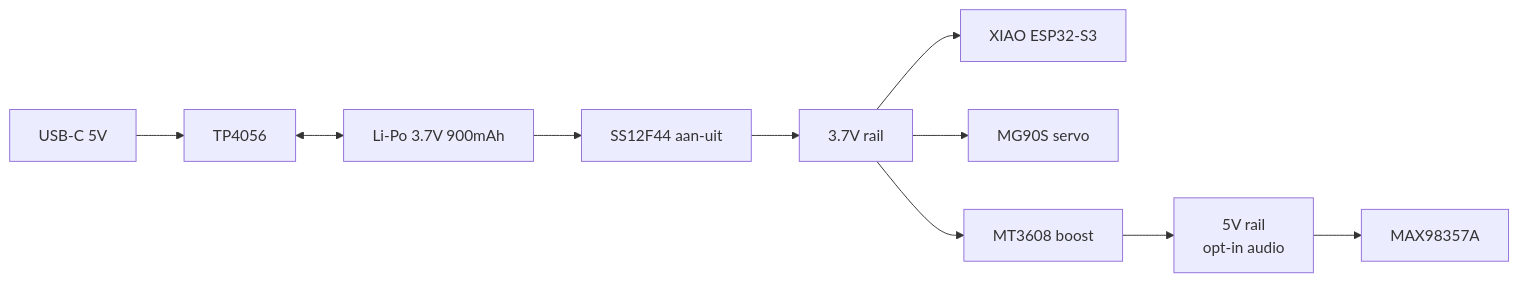
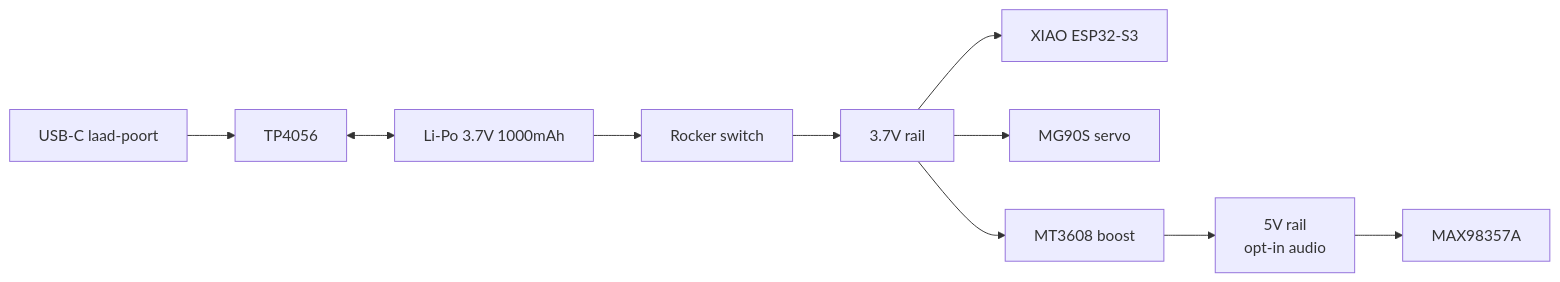
The second of 3 diagrams in docs/wiring.md (spiryns/UCD), drawn with Mermaid before and after one commit. The commit also changed other lines of this file and 5 other files, not shown here.

Commit message:
docs: corrigeer architectuur naar drie fysieke modules (handvat + aparte Wizard-of-Oz controller met XIAO ESP32-C3 via ESP-NOW + stok-onderstuk)

````diff
--- a/docs/wiring.md
+++ b/docs/wiring.md
@@ -71,12 +87,12 @@
 ```mermaid
 flowchart LR
-    USB[USB-C 5V] --> TP[TP4056]
-    TP <--> LIPO[Li-Po 3.7V 900mAh]
-    LIPO --> SW[SS12F44 aan-uit]
-    SW --> RAIL37[3.7V rail]
+    USBC1[USB-C laad-poort] --> TP1[TP4056]
+    TP1 <--> BAT1[Li-Po 3.7V 1000mAh]
+    BAT1 --> SW1[Rocker switch]
+    SW1 --> RAIL37[3.7V rail]
     RAIL37 --> XIAOPWR[XIAO ESP32-S3]
     RAIL37 --> SERVO[MG90S servo]
     RAIL37 --> BOOST[MT3608 boost]
     BOOST --> RAIL5[5V rail<br/>opt-in audio]
     RAIL5 --> AMP[MAX98357A]
 ```
````
